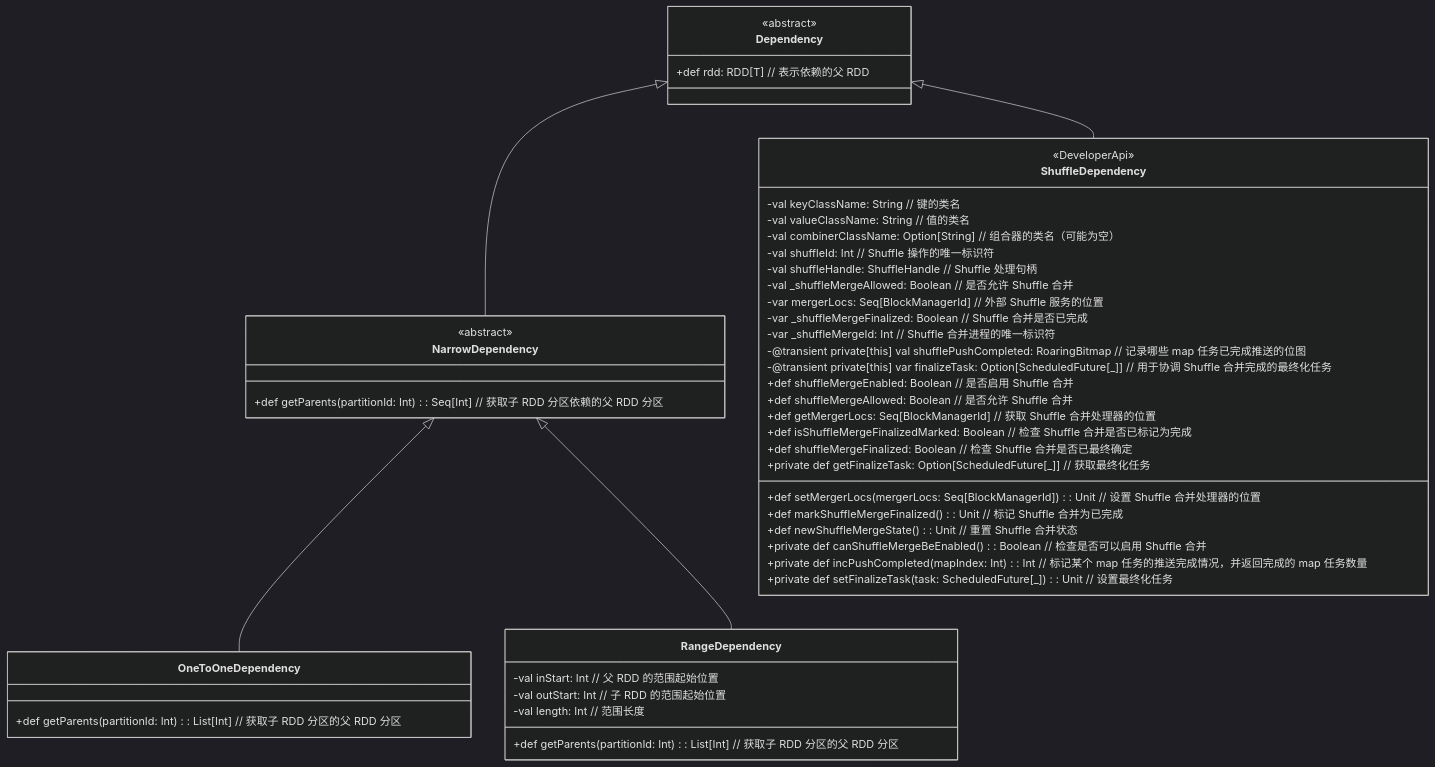
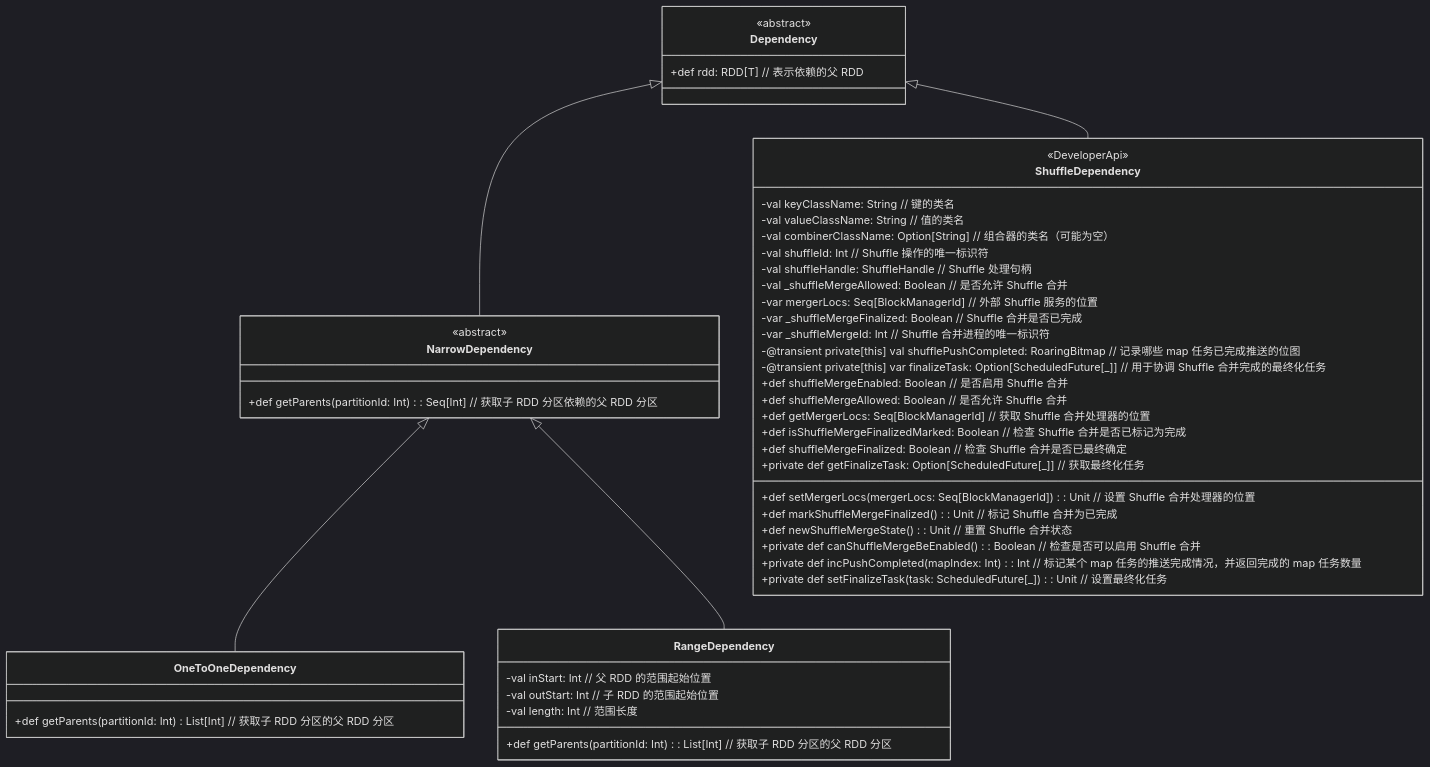
One commit to zizdlp/spark-core-source-analysis changed the diagram in rdd/Dependency.md. Above: the diagram before and after it, drawn with Mermaid (dark theme). The commit also changed other lines of this file, not shown here.

````diff
--- a/rdd/Dependency.md
+++ b/rdd/Dependency.md
@@ -5,55 +5,55 @@
 ```mermaid
 classDiagram
     class Dependency {
         <<abstract>>
         +def rdd: RDD[T] // 表示依赖的父 RDD
     }
 
     class NarrowDependency {
         <<abstract>>
         +def getParents(partitionId: Int): Seq[Int] // 获取子 RDD 分区依赖的父 RDD 分区
     }
 
     class ShuffleDependency {
         <<DeveloperApi>>
         -val keyClassName: String // 键的类名
         -val valueClassName: String // 值的类名
         -val combinerClassName: Option[String] // 组合器的类名（可能为空）
         -val shuffleId: Int // Shuffle 操作的唯一标识符
         -val shuffleHandle: ShuffleHandle // Shuffle 处理句柄
         -val _shuffleMergeAllowed: Boolean // 是否允许 Shuffle 合并
         -var mergerLocs: Seq[BlockManagerId] // 外部 Shuffle 服务的位置
         -var _shuffleMergeFinalized: Boolean // Shuffle 合并是否已完成
         -var _shuffleMergeId: Int // Shuffle 合并进程的唯一标识符
         -@transient private[this] val shufflePushCompleted: RoaringBitmap // 记录哪些 map 任务已完成推送的位图
         -@transient private[this] var finalizeTask: Option[ScheduledFuture[_]] // 用于协调 Shuffle 合并完成的最终化任务
         +def shuffleMergeEnabled: Boolean // 是否启用 Shuffle 合并
         +def shuffleMergeAllowed: Boolean // 是否允许 Shuffle 合并
         +def setMergerLocs(mergerLocs: Seq[BlockManagerId]): Unit // 设置 Shuffle 合并处理器的位置
         +def getMergerLocs: Seq[BlockManagerId] // 获取 Shuffle 合并处理器的位置
         +def markShuffleMergeFinalized(): Unit // 标记 Shuffle 合并为已完成
         +def isShuffleMergeFinalizedMarked: Boolean // 检查 Shuffle 合并是否已标记为完成
         +def shuffleMergeFinalized: Boolean // 检查 Shuffle 合并是否已最终确定
         +def newShuffleMergeState(): Unit // 重置 Shuffle 合并状态
         +private def canShuffleMergeBeEnabled(): Boolean // 检查是否可以启用 Shuffle 合并
         +private def incPushCompleted(mapIndex: Int): Int // 标记某个 map 任务的推送完成情况，并返回完成的 map 任务数量
         +private def getFinalizeTask: Option[ScheduledFuture[_]] // 获取最终化任务
         +private def setFinalizeTask(task: ScheduledFuture[_]): Unit // 设置最终化任务
     }
 
     class OneToOneDependency {
-        +def getParents(partitionId: Int): List[Int] // 获取子 RDD 分区的父 RDD 分区
+        +def getParents(partitionId: Int) List[Int] // 获取子 RDD 分区的父 RDD 分区
     }
 
     class RangeDependency {
         +def getParents(partitionId: Int): List[Int] // 获取子 RDD 分区的父 RDD 分区
         -val inStart: Int // 父 RDD 的范围起始位置
         -val outStart: Int // 子 RDD 的范围起始位置
         -val length: Int // 范围长度
     }
 
     Dependency <|-- NarrowDependency
     Dependency <|-- ShuffleDependency
     NarrowDependency <|-- OneToOneDependency
     NarrowDependency <|-- RangeDependency
 ```
````
